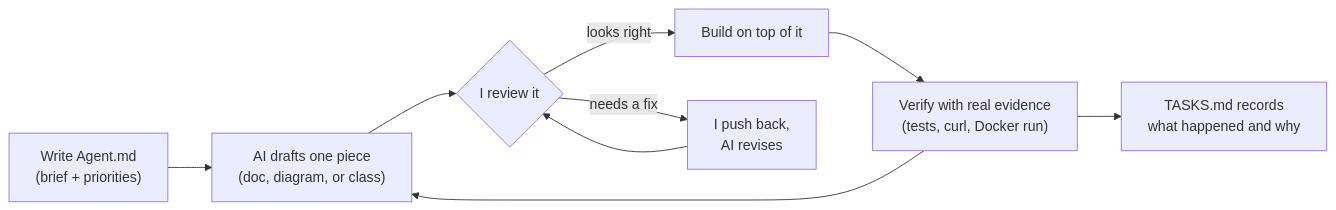
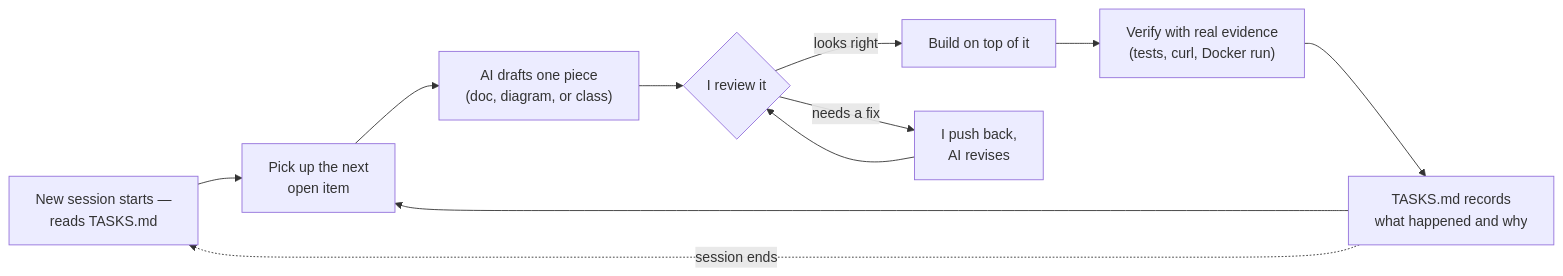
One commit to wesilios/unified-service-scheduler changed the diagram in README.md. Above: the diagram before and after it, drawn with Mermaid. The commit also changed other lines of this file and 11 other files, not shown here.

````diff
--- a/README.md
+++ b/README.md
@@ -480,11 +506,13 @@
 ```mermaid
 flowchart LR
-    A["Write Agent.md<br/>(brief + priorities)"] --> B["AI drafts one piece<br/>(doc, diagram, or class)"]
+    S["New session starts —<br/>reads TASKS.md"] --> A["Pick up the next<br/>open item"]
+    A --> B["AI drafts one piece<br/>(doc, diagram, or class)"]
     B --> C{"I review it"}
     C -- "looks right" --> D["Build on top of it"]
     C -- "needs a fix" --> E["I push back,<br/>AI revises"]
     E --> C
     D --> F["Verify with real evidence<br/>(tests, curl, Docker run)"]
-    F --> B
     F --> G["TASKS.md records<br/>what happened and why"]
+    G --> A
+    G -. "session ends" .-> S
 ```
````
